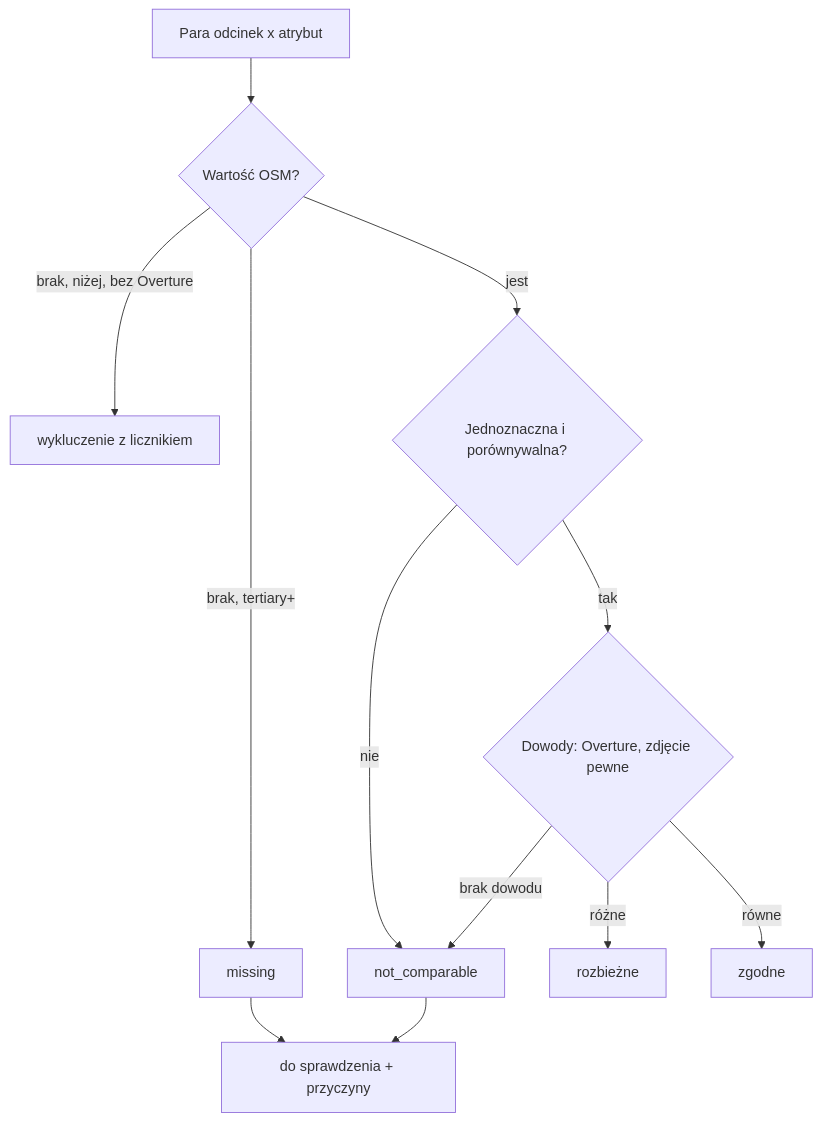
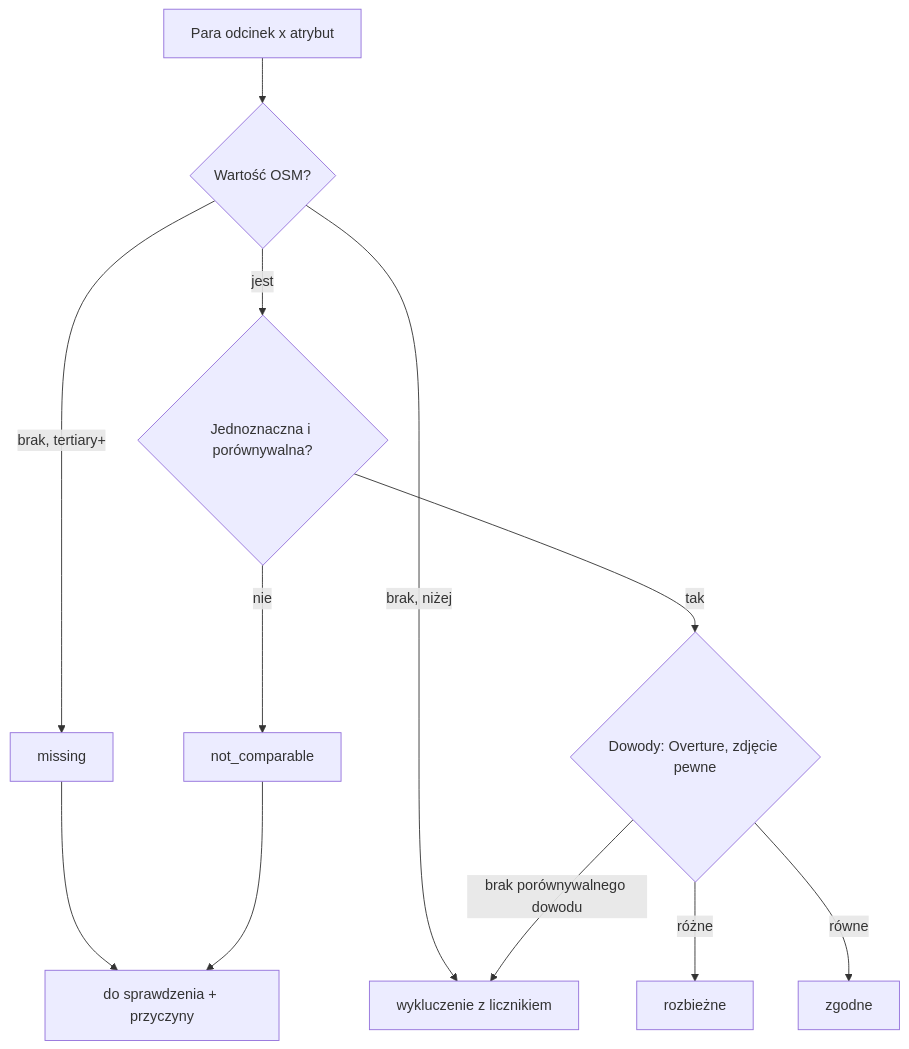
One commit to marciniaklukasz/jsystems-claude-codex-gis-2026-11 changed the third of 3 diagrams in docs/ADR/001-dane-normalizacja-dopasowanie.md. Above: the diagram before and after it, drawn with Mermaid. The commit also changed other lines of this file and 8 other files, not shown here.

````diff
--- a/docs/ADR/001-dane-normalizacja-dopasowanie.md
+++ b/docs/ADR/001-dane-normalizacja-dopasowanie.md
@@ -185,14 +192,14 @@
 ```mermaid
 flowchart TD
     A[Para odcinek x atrybut] --> B{Wartość OSM?}
     B -- brak, tertiary+ --> MS[missing]
-    B -- brak, niżej, bez Overture --> EX[wykluczenie z licznikiem]
+    B -- brak, niżej --> EX[wykluczenie z licznikiem]
     B -- jest --> C{Jednoznaczna i porównywalna?}
     C -- nie --> NC[not_comparable]
     C -- tak --> D{Dowody: Overture, zdjęcie pewne}
-    D -- brak dowodu --> NC
+    D -- brak porównywalnego dowodu --> EX
     D -- różne --> R[rozbieżne]
     D -- równe --> Z[zgodne]
     MS --> Q[do sprawdzenia + przyczyny]
     NC --> Q
 ```
````
